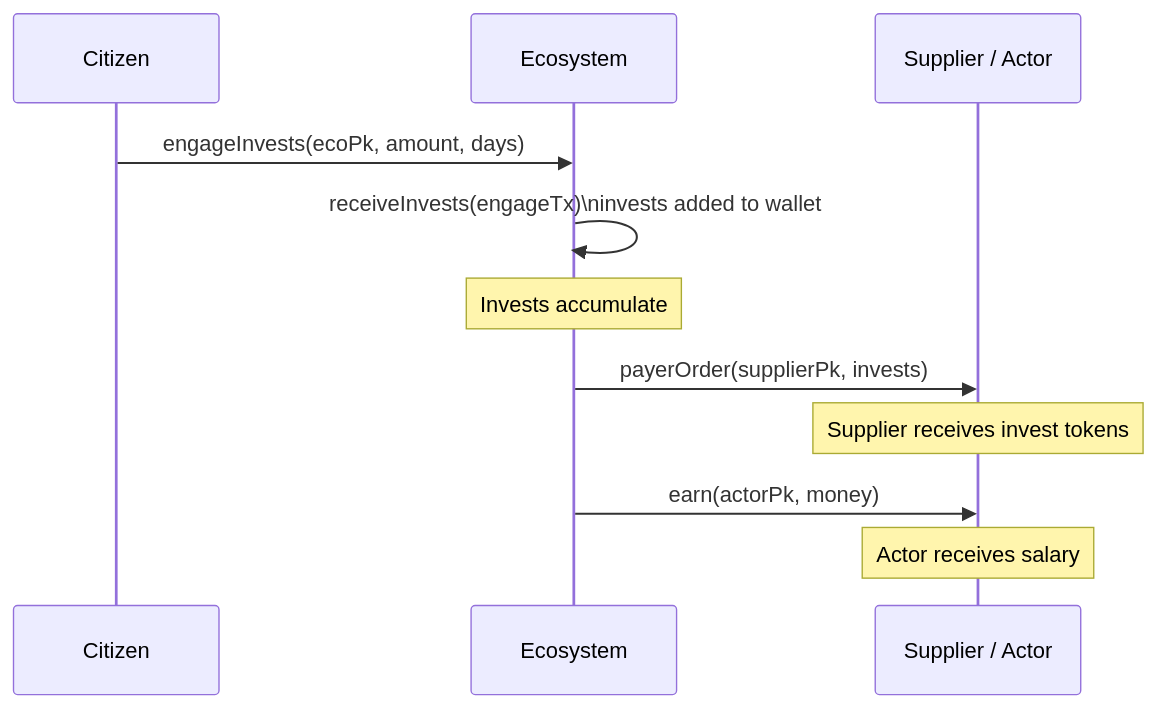
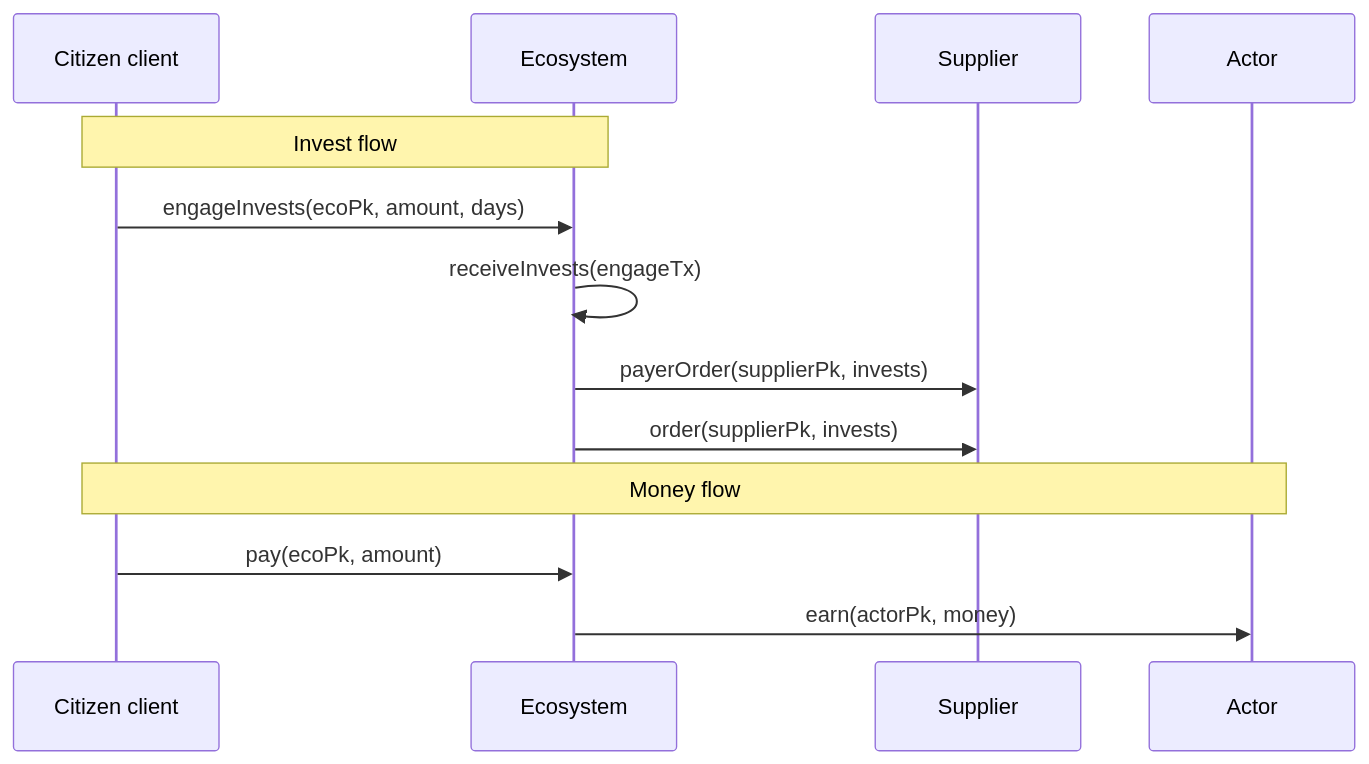
Before and after one commit to OrganicEconomy/organic-money.js: the third of 4 diagrams in README.md, drawn with Mermaid. The commit also changed other lines of this file, not shown here.

````diff
--- a/README.md
+++ b/README.md
@@ -155,16 +158,17 @@
 ```mermaid
 sequenceDiagram
-    participant C as Citizen
+    participant C as Citizen client
     participant Eco as Ecosystem
-    participant S as Supplier / Actor
+    participant Su as Supplier
+    participant Ac as Actor
 
+    Note over C,Eco: Invest flow
     C->>Eco: engageInvests(ecoPk, amount, days)
-    Eco->>Eco: receiveInvests(engageTx)\ninvests added to wallet
-    Note over Eco: Invests accumulate
+    Eco->>Eco: receiveInvests(engageTx)
+    Eco->>Su: payerOrder(supplierPk, invests)
+    Eco->>Su: order(supplierPk, invests)
 
-    Eco->>S: payerOrder(supplierPk, invests)
-    Note over S: Supplier receives invest tokens
-
-    Eco->>S: earn(actorPk, money)
-    Note over S: Actor receives salary
+    Note over C,Ac: Money flow
+    C->>Eco: pay(ecoPk, amount)
+    Eco->>Ac: earn(actorPk, money)
 ```
````
